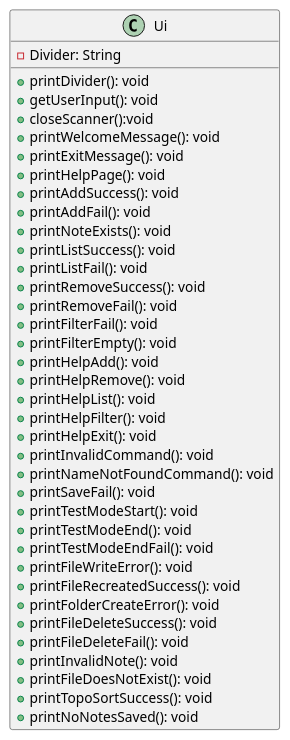
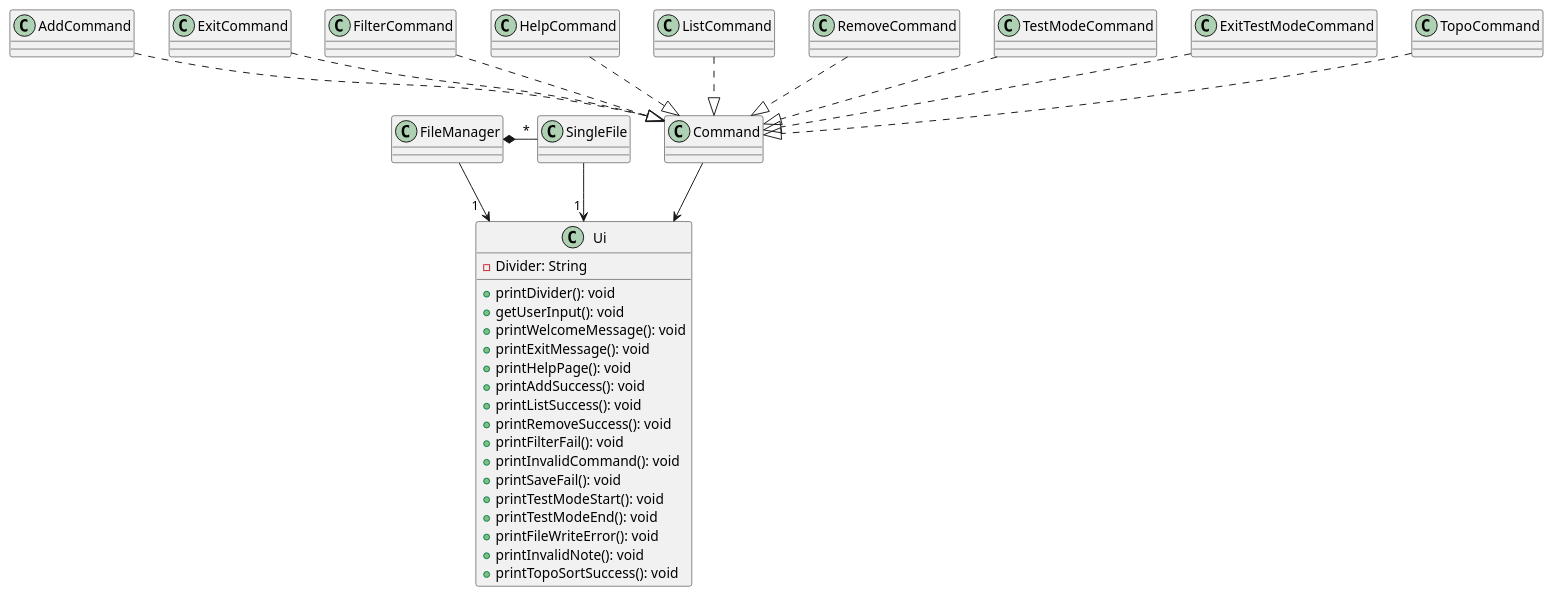
Before and after one commit to ong-ck/tp: the diagram in docs/uml/source-files/UiClass.puml, drawn with PlantUML.

Commit message:
Refactor Ui UML

```diff
--- a/docs/uml/source-files/UiClass.puml
+++ b/docs/uml/source-files/UiClass.puml
@@ -1,43 +1,41 @@
 @startuml
 'https://plantuml.com/class-diagram
 
 class Ui {
 -Divider: String
 +printDivider(): void
 +getUserInput(): void
-+closeScanner():void
 +printWelcomeMessage(): void
 +printExitMessage(): void
 +printHelpPage(): void
 +printAddSuccess(): void
-+printAddFail(): void
-+printNoteExists(): void
 +printListSuccess(): void
-+printListFail(): void
 +printRemoveSuccess(): void
-+printRemoveFail(): void
 +printFilterFail(): void
-+printFilterEmpty(): void
-+printHelpAdd(): void
-+printHelpRemove(): void
-+printHelpList(): void
-+printHelpFilter(): void
-+printHelpExit(): void
 +printInvalidCommand(): void
-+printNameNotFoundCommand(): void
 +printSaveFail(): void
 +printTestModeStart(): void
 +printTestModeEnd(): void
-+printTestModeEndFail(): void
 +printFileWriteError(): void
-+printFileRecreatedSuccess(): void
-+printFolderCreateError(): void
-+printFileDeleteSuccess(): void
-+printFileDeleteFail(): void
 +printInvalidNote(): void
-+printFileDoesNotExist(): void
 +printTopoSortSuccess(): void
-+printNoNotesSaved(): void
 }
 
+FileManager --> "1  " Ui
+FileManager *- "*" SingleFile
+SingleFile --> "1 " Ui
+
+Command --> Ui
+
+AddCommand ..|> Command
+ExitCommand ..|> Command
+FilterCommand ..|> Command
+HelpCommand ..|> Command
+ListCommand ..|> Command
+RemoveCommand ..|> Command
+TestModeCommand ..|> Command
+ExitTestModeCommand ..|> Command
+TopoCommand ..|> Command
+
+
 @enduml
```
